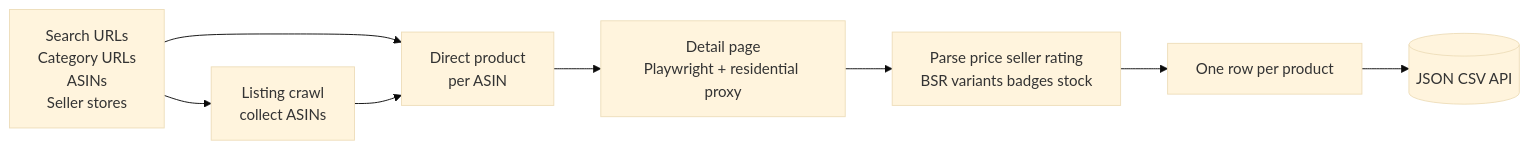
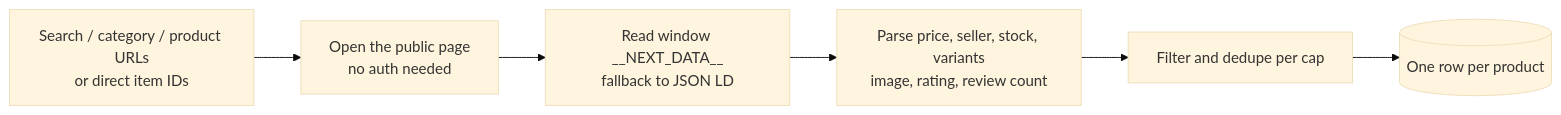
One commit to Ken-Mutisya/scrapemint changed the first of 2 diagrams in actors/amazon-product-scraper/README.md. Above: the diagram before and after it, drawn with Mermaid (base theme). The commit also changed other lines of this file and 4 other files, not shown here.

````diff
--- a/actors/amazon-product-scraper/README.md
+++ b/actors/amazon-product-scraper/README.md
@@ -28,10 +27,8 @@
 ```mermaid
 flowchart LR
-    A[Search URLs<br/>Category URLs<br/>ASINs<br/>Seller stores] --> B[Listing crawl<br/>collect ASINs]
-    A --> C[Direct product<br/>per ASIN]
-    B --> C
-    C --> D[Detail page<br/>Playwright + residential proxy]
-    D --> E[Parse price seller rating<br/>BSR variants badges stock]
-    E --> F[One row per product]
-    F --> G[(JSON CSV API)]
+    A[Search / category / product URLs<br/>or direct item IDs] --> B[Open the public page<br/>no auth needed]
+    B --> C[Read window __NEXT_DATA__<br/>fallback to JSON LD]
+    C --> D[Parse price, seller, stock, variants<br/>image, rating, review count]
+    D --> E[Filter and dedupe per cap]
+    E --> F[(One row per product)]
 ```
````
